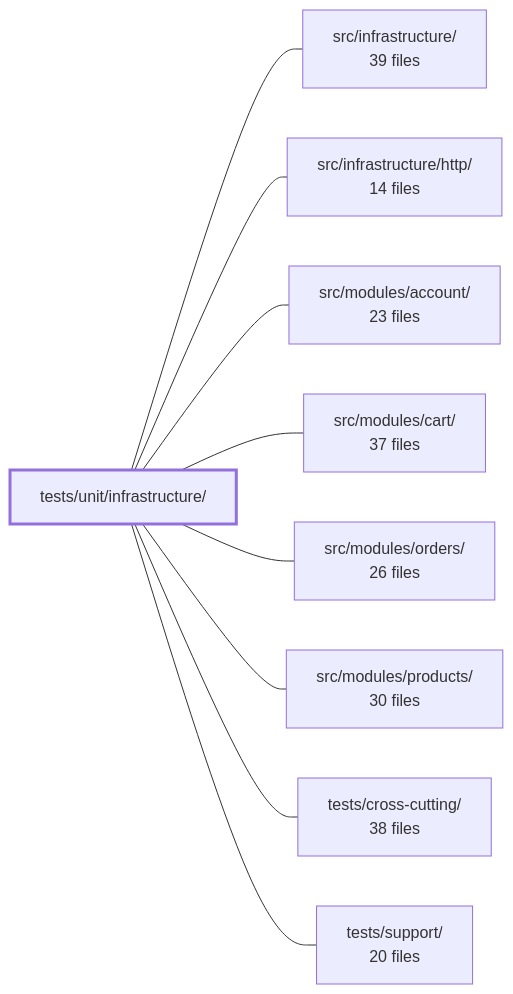
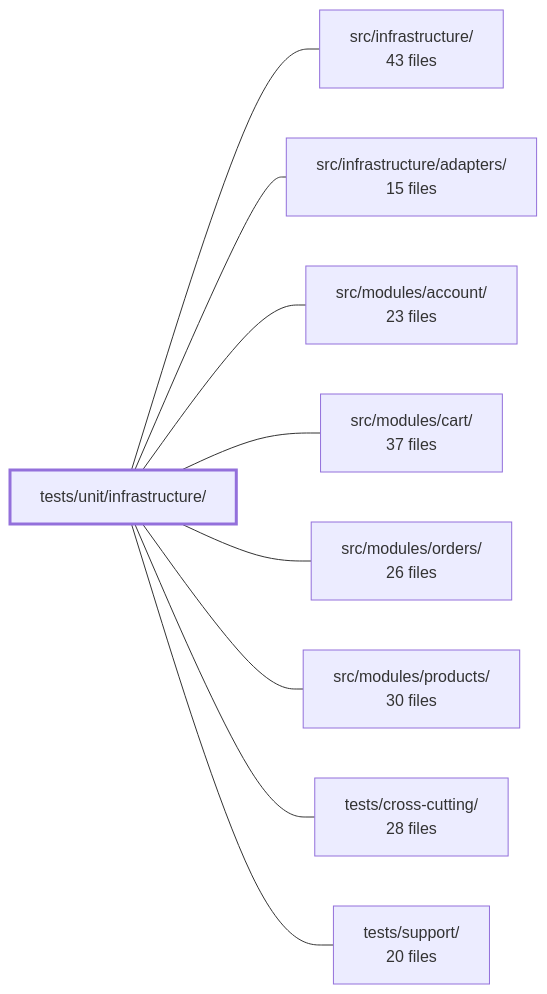
One commit to Guebbit/boilerplate-node-backend changed the diagram in .2repo/modules/boilerplate-node-backend_tests_unit_infrastructure.md. Above: the diagram before and after it, drawn with Mermaid. The commit also changed other lines of this file and 625 other files, not shown here.

````diff
--- a/.2repo/modules/boilerplate-node-backend_tests_unit_infrastructure.md
+++ b/.2repo/modules/boilerplate-node-backend_tests_unit_infrastructure.md
@@ -46,21 +47,21 @@
 ```mermaid
 flowchart LR
     m_tests_unit_infrastructure["tests/unit/infrastructure/"]
-    m_src_infrastructure["src/infrastructure/<br/>39 files"]
-    m_src_infrastructure_http["src/infrastructure/http/<br/>14 files"]
+    m_src_infrastructure["src/infrastructure/<br/>43 files"]
+    m_src_infrastructure_adapters["src/infrastructure/adapters/<br/>15 files"]
     m_src_modules_account["src/modules/account/<br/>23 files"]
     m_src_modules_cart["src/modules/cart/<br/>37 files"]
     m_src_modules_orders["src/modules/orders/<br/>26 files"]
     m_src_modules_products["src/modules/products/<br/>30 files"]
-    m_tests_cross_cutting["tests/cross-cutting/<br/>38 files"]
+    m_tests_cross_cutting["tests/cross-cutting/<br/>28 files"]
     m_tests_support["tests/support/<br/>20 files"]
     m_tests_unit_infrastructure --- m_src_infrastructure
-    m_tests_unit_infrastructure --- m_src_infrastructure_http
+    m_tests_unit_infrastructure --- m_src_infrastructure_adapters
     m_tests_unit_infrastructure --- m_src_modules_account
     m_tests_unit_infrastructure --- m_src_modules_cart
     m_tests_unit_infrastructure --- m_src_modules_orders
     m_tests_unit_infrastructure --- m_src_modules_products
     m_tests_unit_infrastructure --- m_tests_cross_cutting
     m_tests_unit_infrastructure --- m_tests_support
     style m_tests_unit_infrastructure stroke-width:3px
 ```
````
